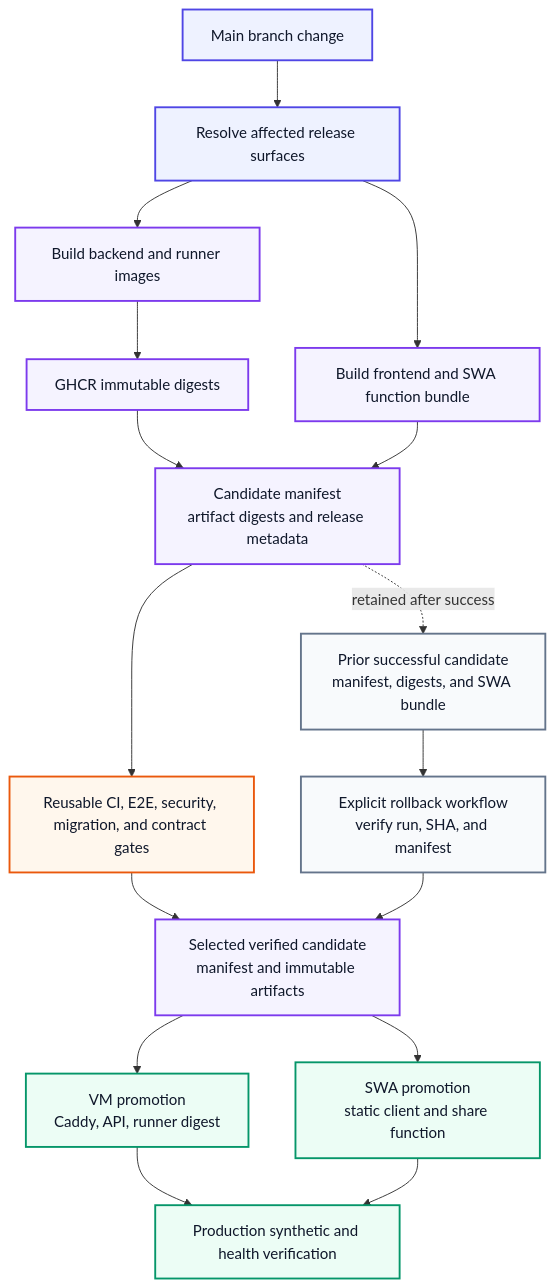
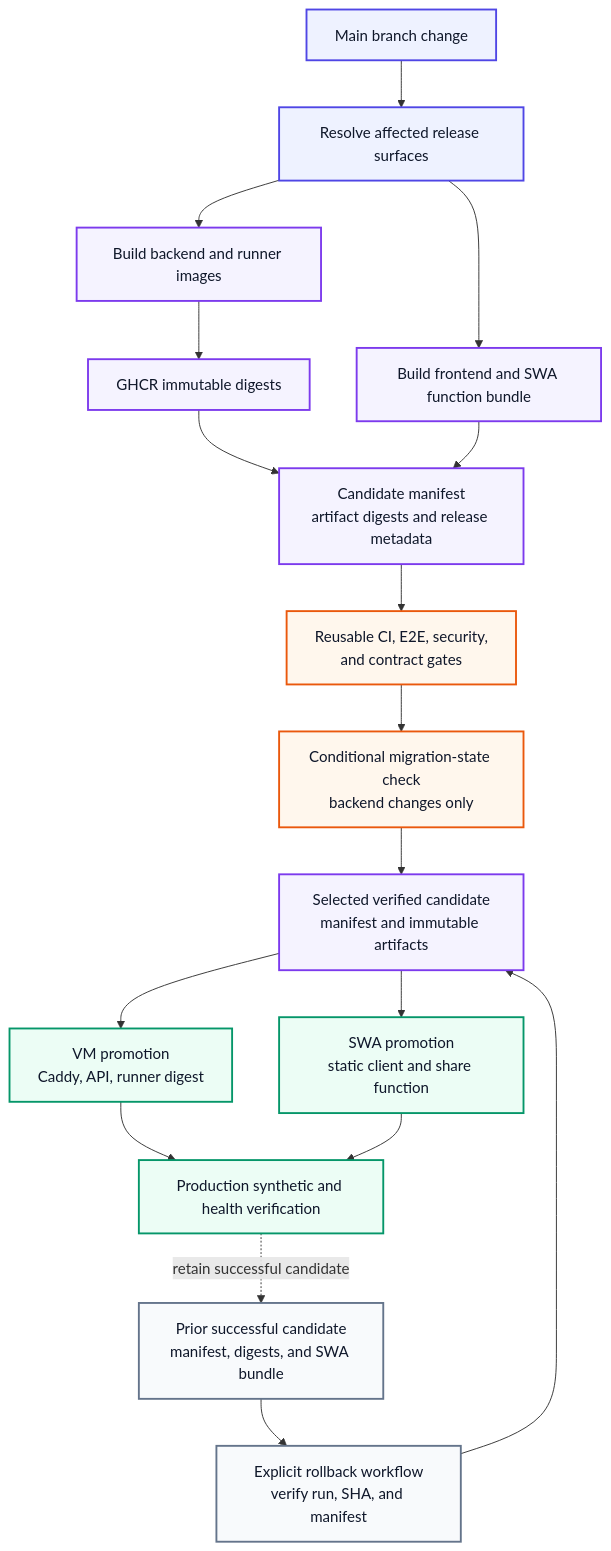
The seventh of 7 diagrams in docs/ARCHITECTURE.md (msrivas-7/CodeTutor-AI), drawn with Mermaid before and after one commit. The commit also changed other lines of this file, not shown here.

Commit message:
docs: refresh architecture diagram views (#44)

````diff
--- a/docs/ARCHITECTURE.md
+++ b/docs/ARCHITECTURE.md
@@ -493,43 +532,44 @@
 ```mermaid
 %%{init: {"flowchart":{"curve":"basis","htmlLabels":true}}}%%
 flowchart TB
   accTitle: Production release and rollback
   accDescr: Shows immutable candidate creation, validation, promotion, verification, retention, and explicit rollback of a prior successful candidate.
   change["Main branch change"]
   scope["Resolve affected release surfaces"]
   build["Build backend and runner images"]
   ghcr["GHCR immutable digests"]
   web["Build frontend and SWA function bundle"]
   manifest["Candidate manifest<br/>artifact digests and release metadata"]
-  gates["Reusable CI, E2E, security, migration, and contract gates"]
+  gates["Reusable CI, E2E, security,<br/>and contract gates"]
+  migrations["Conditional migration-state check<br/>backend changes only"]
   selected["Selected verified candidate<br/>manifest and immutable artifacts"]
   promotevm["VM promotion<br/>Caddy, API, runner digest"]
   promoteswa["SWA promotion<br/>static client and share function"]
   probes["Production synthetic and health verification"]
   retained["Prior successful candidate<br/>manifest, digests, and SWA bundle"]
   rollback["Explicit rollback workflow<br/>verify run, SHA, and manifest"]
 
   change --> scope
   scope --> build --> ghcr --> manifest
   scope --> web --> manifest
   manifest --> gates
-  gates --> selected
+  gates --> migrations --> selected
   promotevm --> probes
   promoteswa --> probes
-  manifest -. "retained after success" .-> retained
+  probes -. "retain successful candidate" .-> retained
   retained --> rollback
   rollback --> selected
   selected --> promotevm
   selected --> promoteswa
 
   classDef source fill:#eef2ff,stroke:#4f46e5,color:#0f172a,stroke-width:2px;
   classDef artifact fill:#f5f3ff,stroke:#7c3aed,color:#0f172a,stroke-width:2px;
   classDef gate fill:#fff7ed,stroke:#ea580c,color:#0f172a,stroke-width:2px;
   classDef deploy fill:#ecfdf5,stroke:#059669,color:#0f172a,stroke-width:2px;
   classDef safety fill:#f8fafc,stroke:#64748b,color:#0f172a,stroke-width:2px;
   class change,scope source;
   class build,ghcr,web,manifest,selected artifact;
-  class gates gate;
+  class gates,migrations gate;
   class promotevm,promoteswa,probes deploy;
   class retained,rollback safety;
 ```
````
